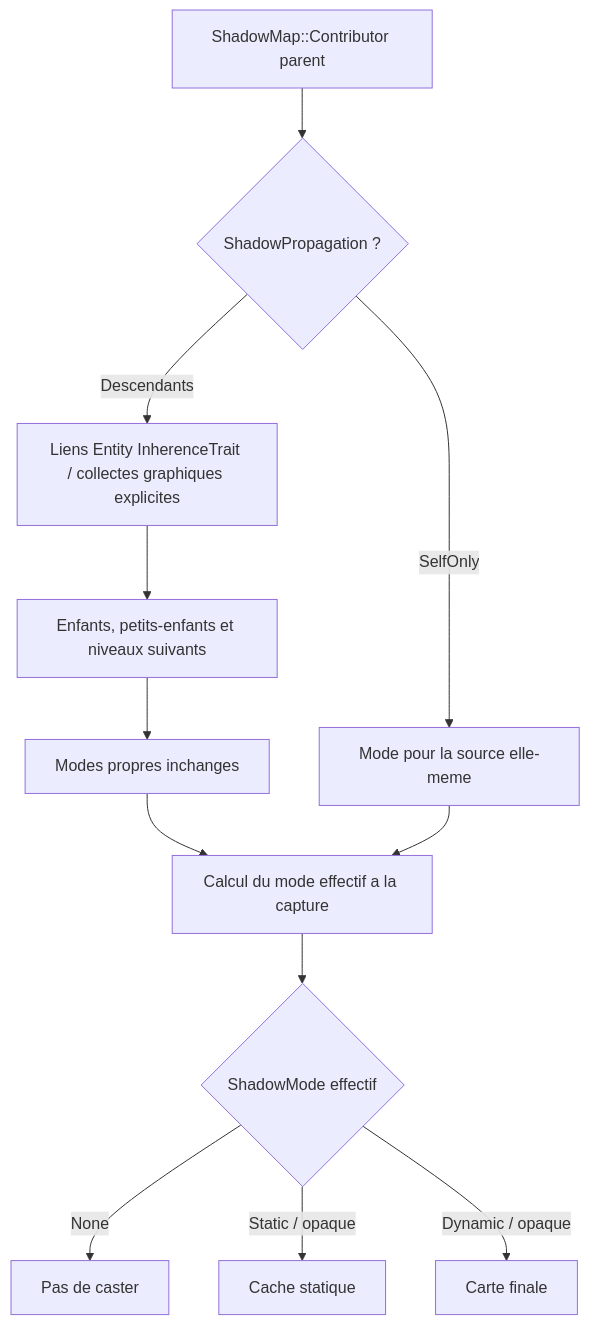
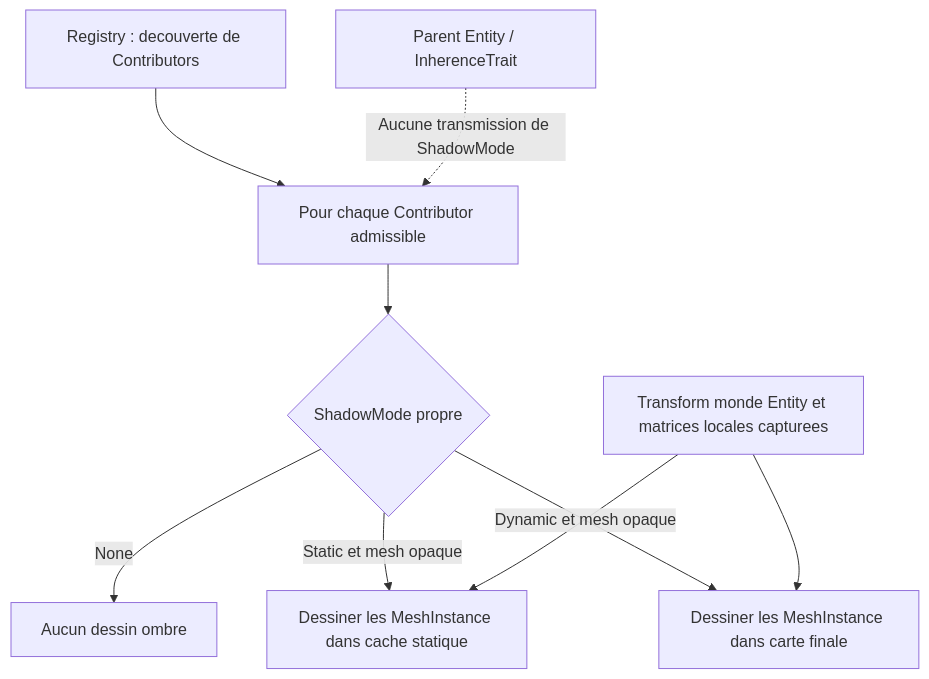
Before and after one commit to EreliaStudio/Sparkle: diagram 16 of 23 in docs/voxel-engine-v0.1.4-specification.md, drawn with Mermaid. The commit also changed other lines of this file, not shown here.

Commit message:
docs(v0.1.4): remove shadow mode propagation architecture (A2)

````diff
--- a/docs/voxel-engine-v0.1.4-specification.md
+++ b/docs/voxel-engine-v0.1.4-specification.md
@@ -1240,14 +1232,11 @@
 ```mermaid
 flowchart TD
-  P["ShadowMap::Contributor parent"] --> Policy{"ShadowPropagation ?"}
-  Policy -->|"SelfOnly"| Own["Mode pour la source elle-meme"]
-  Policy -->|"Descendants"| Links["Liens Entity InherenceTrait / collectes graphiques explicites"]
-  Links --> Desc["Enfants, petits-enfants et niveaux suivants"]
-  Desc --> NonMut["Modes propres inchanges"]
-  NonMut --> Effective["Calcul du mode effectif a la capture"]
-  Own --> Effective
-  Effective --> Mode{"ShadowMode effectif"}
-  Mode -->|"None"| N["Pas de caster"]
-  Mode -->|"Static / opaque"| St["Cache statique"]
-  Mode -->|"Dynamic / opaque"| Dy["Carte finale"]
+  Registry["Registry : decouverte de Contributors"] --> Each["Pour chaque Contributor admissible"]
+  Each --> OwnMode{"ShadowMode propre"}
+  OwnMode -->|"None"| None["Aucun dessin ombre"]
+  OwnMode -->|"Static et mesh opaque"| Static["Dessiner les MeshInstance dans cache statique"]
+  OwnMode -->|"Dynamic et mesh opaque"| Dynamic["Dessiner les MeshInstance dans carte finale"]
+  Parent["Parent Entity / InherenceTrait"] -.->|"Aucune transmission de ShadowMode"| Each
+  Trans["Transform monde Entity et matrices locales capturees"] --> Static
+  Trans --> Dynamic
 ```
````
